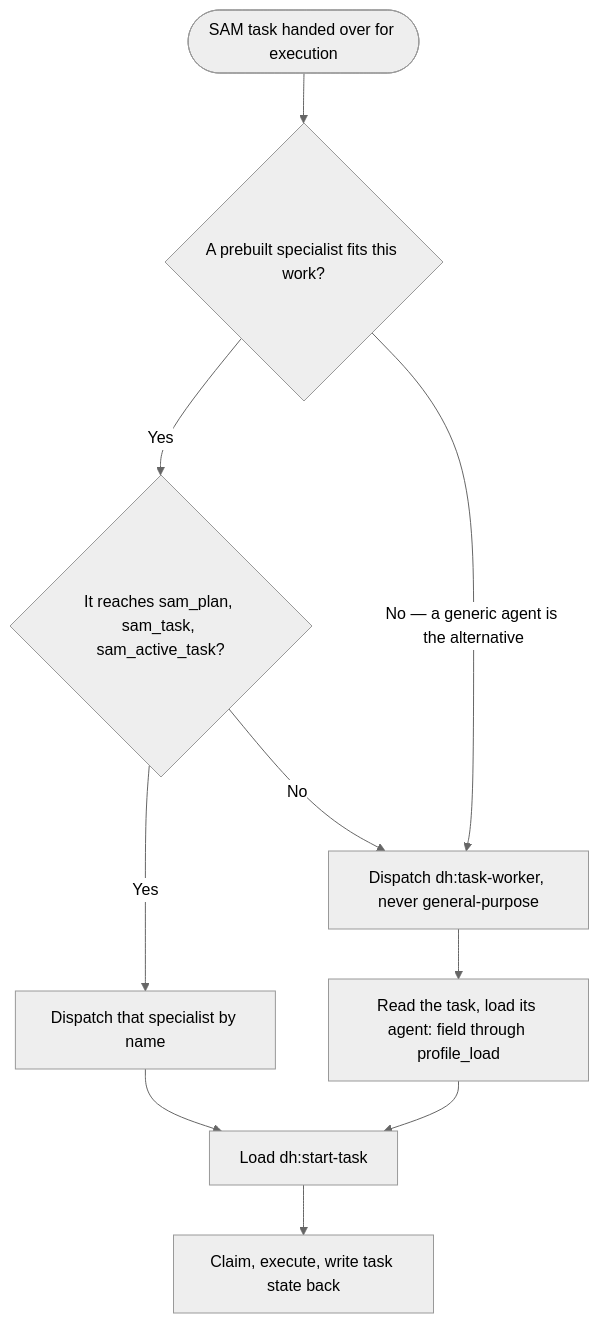
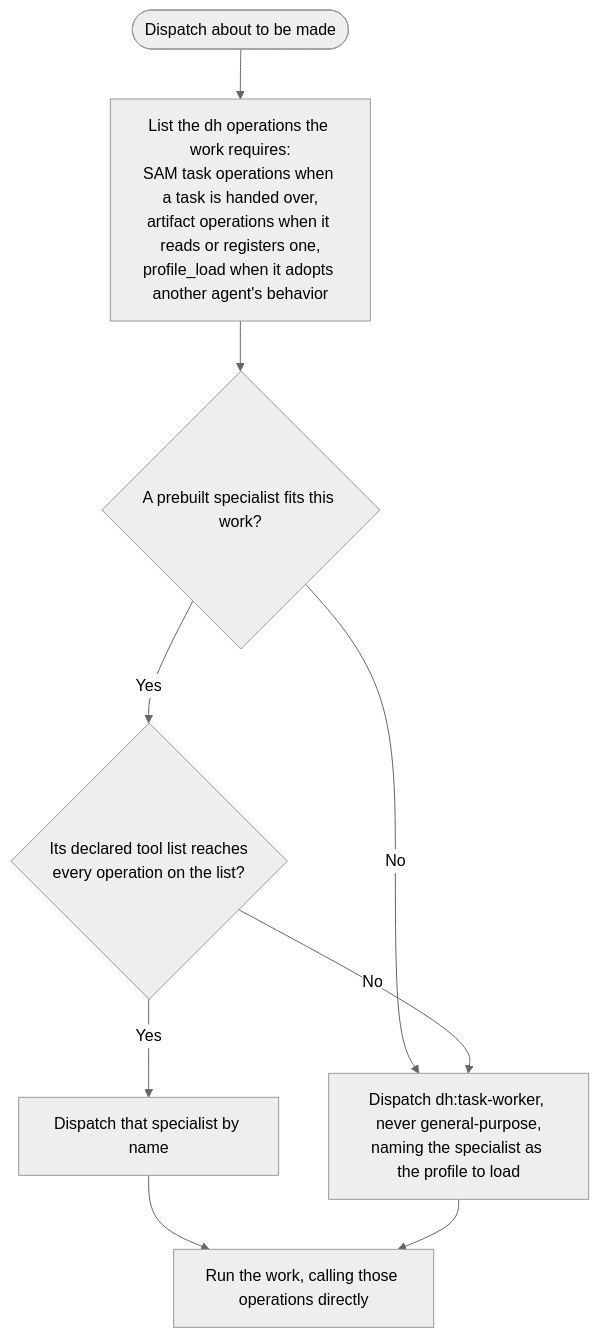
Before and after one commit to Jamie-BitFlight/claude_skills: the diagram in plugins/development-harness/skills/dispatch-contract/SKILL.md, drawn with Mermaid (neutral theme). The commit also changed other lines of this file and 1 other file, not shown here.

First line of the commit message:
docs(development-harness): resolve dispatch target by operation reach

````diff
--- a/plugins/development-harness/skills/dispatch-contract/SKILL.md
+++ b/plugins/development-harness/skills/dispatch-contract/SKILL.md
@@ -69,12 +77,11 @@
 ```mermaid
 flowchart TD
-    Dispatch([SAM task handed over for execution]) --> Fit{"A prebuilt specialist fits this work?"}
-    Fit -->|Yes| Tools{"It reaches sam_plan, sam_task, sam_active_task?"}
-    Tools -->|Yes| Spec[Dispatch that specialist by name]
-    Tools -->|No| Worker
-    Fit -->|"No — a generic agent is the alternative"| Worker["Dispatch dh:task-worker, never general-purpose"]
-    Worker --> Profile["Read the task, load its agent: field through profile_load"]
-    Spec --> Start[Load dh:start-task]
-    Profile --> Start
-    Start --> Lifecycle[Claim, execute, write task state back]
+    D([Dispatch about to be made]) --> Ops["List the dh operations the work requires:<br>SAM task operations when a task is handed over,<br>artifact operations when it reads or registers one,<br>profile_load when it adopts another agent's behavior"]
+    Ops --> Fit{"A prebuilt specialist fits this work?"}
+    Fit -->|No| Worker
+    Fit -->|Yes| Covers{"Its declared tool list reaches<br>every operation on the list?"}
+    Covers -->|Yes| Spec[Dispatch that specialist by name]
+    Covers -->|No| Worker["Dispatch dh:task-worker, never general-purpose,<br>naming the specialist as the profile to load"]
+    Spec --> Run[Run the work, calling those operations directly]
+    Worker --> Run
 ```
````
